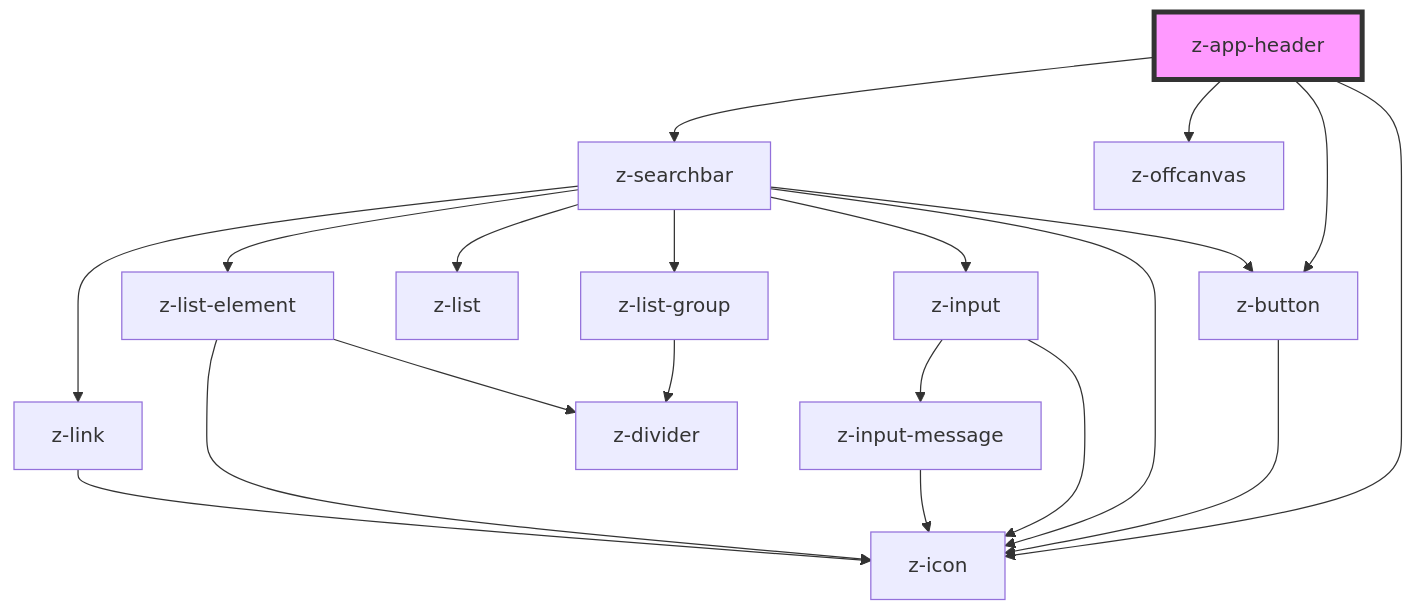
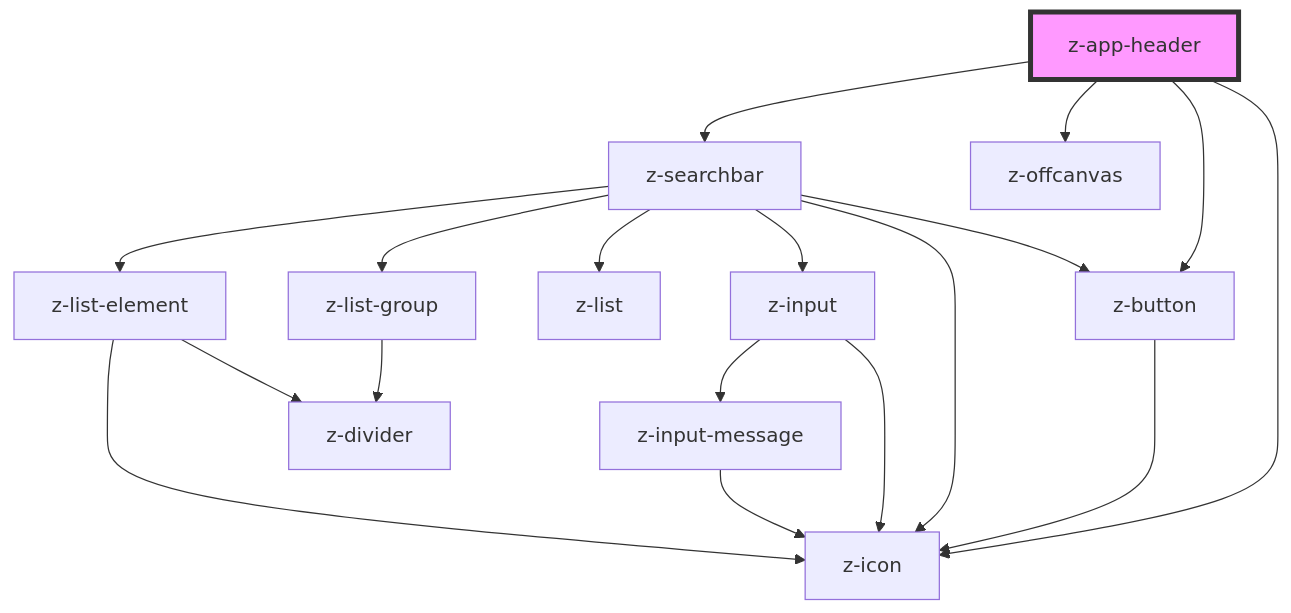
One commit to ZanichelliEditore/design-system changed the diagram in src/components/navigation/z-app-header/readme.md. Above: the diagram before and after it, drawn with Mermaid. The commit also changed 4 other files, not shown here.

````diff
--- a/src/components/navigation/z-app-header/readme.md
+++ b/src/components/navigation/z-app-header/readme.md
@@ -46,23 +46,21 @@
 ```mermaid
 graph TD;
   z-app-header --> z-button
   z-app-header --> z-icon
   z-app-header --> z-searchbar
   z-app-header --> z-offcanvas
   z-button --> z-icon
   z-searchbar --> z-input
   z-searchbar --> z-button
   z-searchbar --> z-list
   z-searchbar --> z-list-group
   z-searchbar --> z-list-element
   z-searchbar --> z-icon
-  z-searchbar --> z-link
   z-input --> z-icon
   z-input --> z-input-message
   z-input-message --> z-icon
   z-list-group --> z-divider
   z-list-element --> z-icon
   z-list-element --> z-divider
-  z-link --> z-icon
   style z-app-header fill:#f9f,stroke:#333,stroke-width:4px
 ```
````
